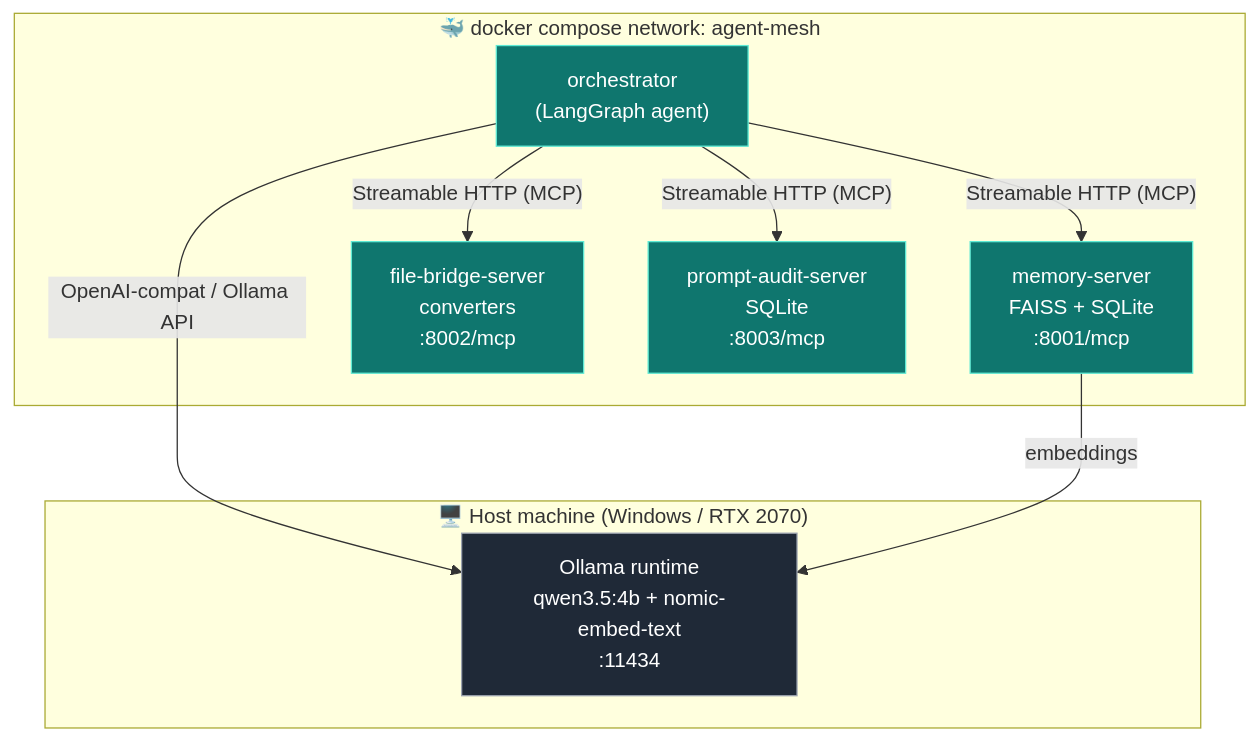
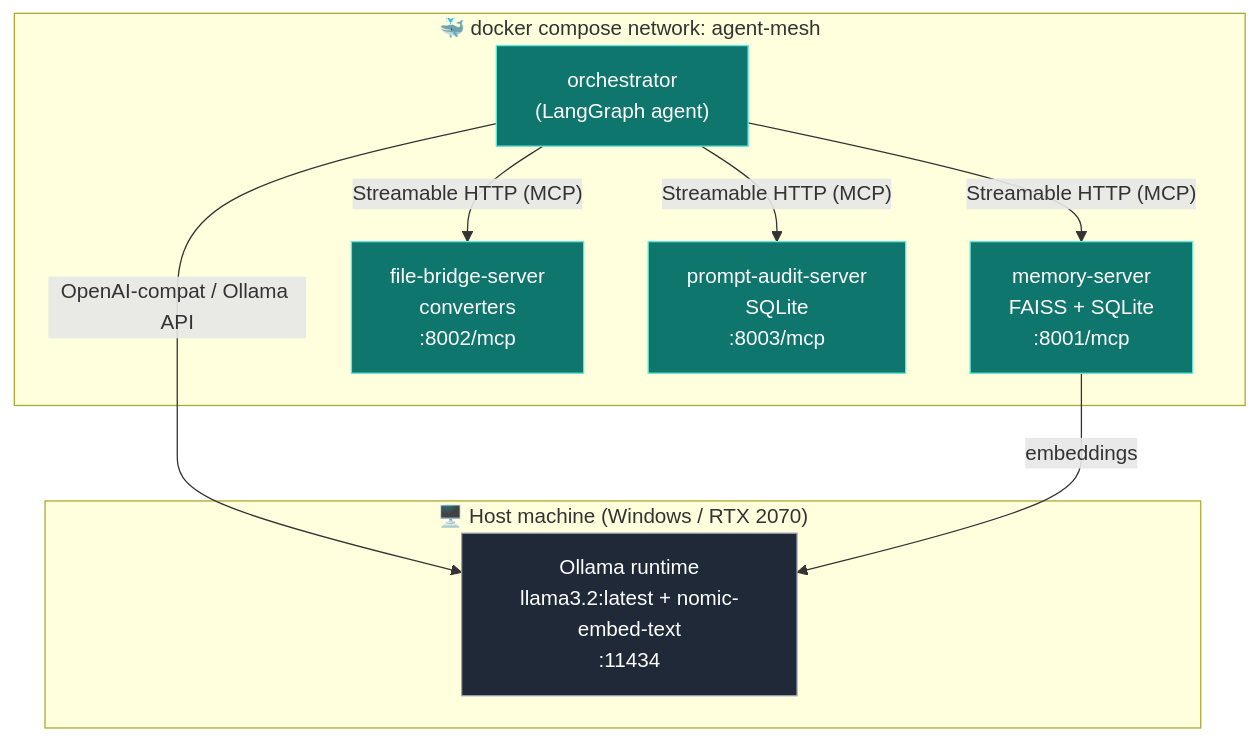
Before and after one commit to ThirtyNimrod/agent-mesh: the first of 2 diagrams in README.md, drawn with Mermaid. The commit also changed other lines of this file and 22 other files, not shown here.

````diff
--- a/README.md
+++ b/README.md
@@ -27,24 +27,24 @@
 ```mermaid
 flowchart TD
     subgraph HOST["🖥️  Host machine (Windows / RTX 2070)"]
-        OLLAMA["Ollama runtime<br/>qwen3.5:4b + nomic-embed-text<br/>:11434"]
+        OLLAMA["Ollama runtime<br/>llama3.2:latest + nomic-embed-text<br/>:11434"]
     end
 
     subgraph COMPOSE["🐳  docker compose network: agent-mesh"]
         ORCH["orchestrator<br/>(LangGraph agent)"]
         MEM["memory-server<br/>FAISS + SQLite<br/>:8001/mcp"]
         FILE["file-bridge-server<br/>converters<br/>:8002/mcp"]
         AUDIT["prompt-audit-server<br/>SQLite<br/>:8003/mcp"]
     end
 
     ORCH -- "Streamable HTTP (MCP)" --> MEM
     ORCH -- "Streamable HTTP (MCP)" --> FILE
     ORCH -- "Streamable HTTP (MCP)" --> AUDIT
     ORCH -- "OpenAI-compat / Ollama API" --> OLLAMA
     MEM  -- "embeddings" --> OLLAMA
 
     classDef host fill:#1f2937,stroke:#9ca3af,color:#fff;
     classDef svc fill:#0f766e,stroke:#5eead4,color:#fff;
     class OLLAMA host;
     class ORCH,MEM,FILE,AUDIT svc;
 ```
````
